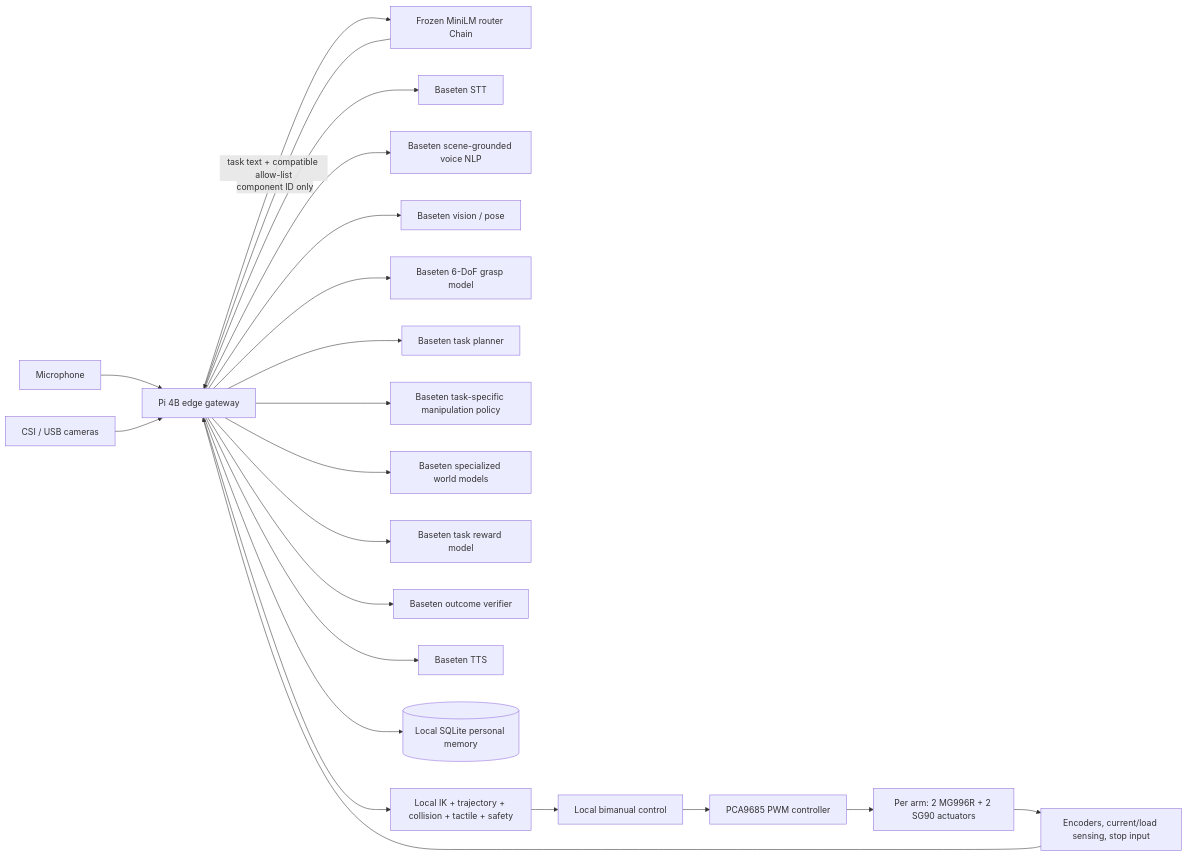
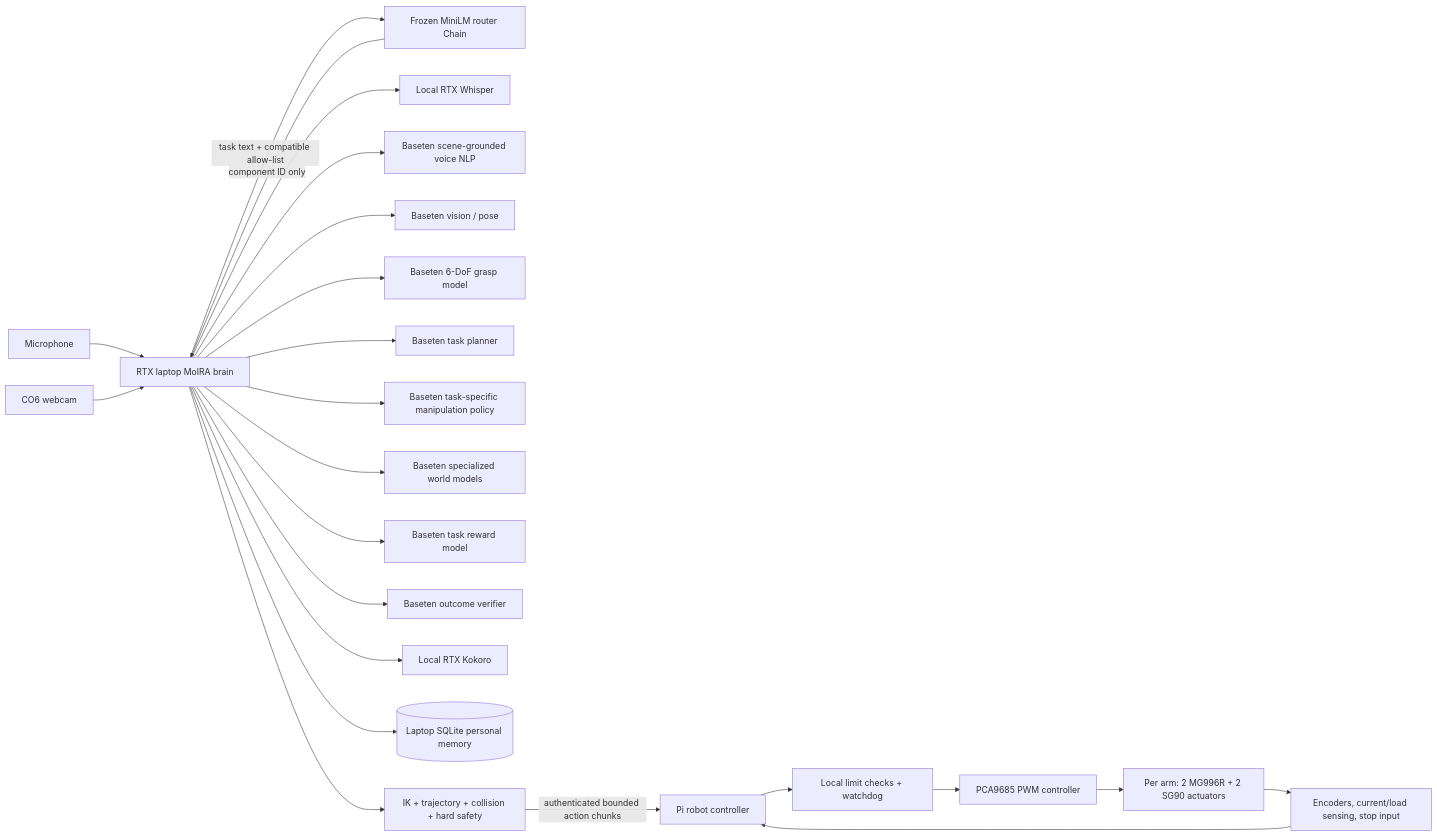
One commit to BestCody/HTN2026 changed the diagram in docs/pi4-baseten-architecture.md. Above: the diagram before and after it, drawn with Mermaid. The commit also changed other lines of this file and 90 other files, not shown here.

````diff
--- a/docs/pi4-baseten-architecture.md
+++ b/docs/pi4-baseten-architecture.md
@@ -9,24 +10,25 @@
 ```mermaid
 flowchart LR
-    MIC[Microphone] --> PI[Pi 4B edge gateway]
-    CAM[CSI / USB cameras] --> PI
-    PI -->|task text + compatible allow-list| ROUTER[Frozen MiniLM router Chain]
-    ROUTER -->|component ID only| PI
-    PI --> STT[Baseten STT]
-    PI --> VNLP[Baseten scene-grounded voice NLP]
-    PI --> VISION[Baseten vision / pose]
-    PI --> GRASP[Baseten 6-DoF grasp model]
-    PI --> PLAN[Baseten task planner]
-    PI --> POLICY[Baseten task-specific manipulation policy]
-    PI --> WORLD[Baseten specialized world models]
-    PI --> REWARD[Baseten task reward model]
-    PI --> OUTCOME[Baseten outcome verifier]
-    PI --> TTS[Baseten TTS]
-    PI --> MEM[(Local SQLite personal memory)]
-    PI --> LOCAL[Local IK + trajectory + collision + tactile + safety]
-    LOCAL --> CTRL[Local bimanual control]
+    MIC[Microphone] --> LAPTOP[RTX laptop MoIRA brain]
+    CAM[CO6 webcam] --> LAPTOP
+    LAPTOP -->|task text + compatible allow-list| ROUTER[Frozen MiniLM router Chain]
+    ROUTER -->|component ID only| LAPTOP
+    LAPTOP --> STT[Local RTX Whisper]
+    LAPTOP --> VNLP[Baseten scene-grounded voice NLP]
+    LAPTOP --> VISION[Baseten vision / pose]
+    LAPTOP --> GRASP[Baseten 6-DoF grasp model]
+    LAPTOP --> PLAN[Baseten task planner]
+    LAPTOP --> POLICY[Baseten task-specific manipulation policy]
+    LAPTOP --> WORLD[Baseten specialized world models]
+    LAPTOP --> REWARD[Baseten task reward model]
+    LAPTOP --> OUTCOME[Baseten outcome verifier]
+    LAPTOP --> TTS[Local RTX Kokoro]
+    LAPTOP --> MEM[(Laptop SQLite personal memory)]
+    LAPTOP --> LOCAL[IK + trajectory + collision + hard safety]
+    LOCAL -->|authenticated bounded action chunks| PI[Pi robot controller]
+    PI --> CTRL[Local limit checks + watchdog]
     CTRL --> PCA[PCA9685 PWM controller]
     PCA --> ARMS[Per arm: 2 MG996R + 2 SG90 actuators]
     ARMS --> SENSORS[Encoders, current/load sensing, stop input]
     SENSORS --> PI
 ```
````
